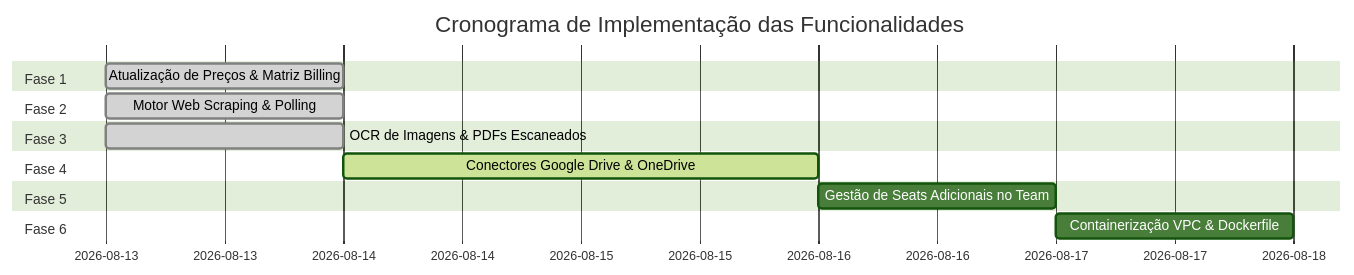
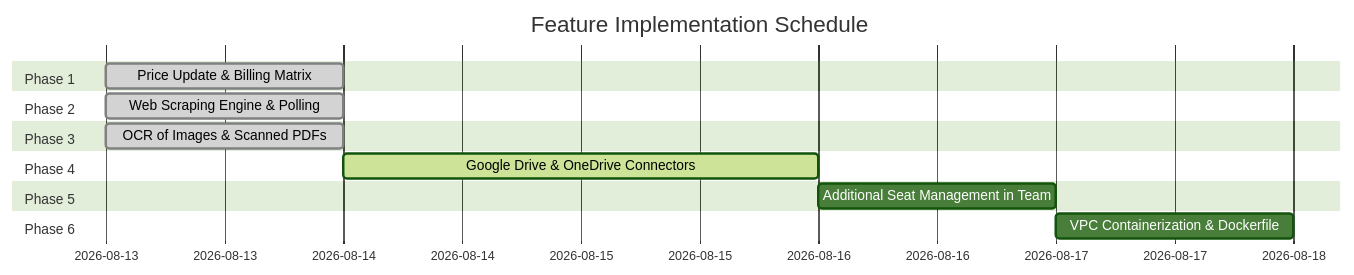
The diagram in implementation_plan_subscription_tiers.md (Levix-Digital/any-context), drawn with Mermaid (forest theme) before and after one commit. The commit also changed other lines of this file and 1 other file, not shown here.

````diff
--- a/implementation_plan_subscription_tiers.md
+++ b/implementation_plan_subscription_tiers.md
@@ -65,17 +65,17 @@
 ```mermaid
 gantt
-    title Cronograma de Implementação das Funcionalidades
+    title Feature Implementation Schedule
     dateFormat  YYYY-MM-DD
-    section Fase 1
-    Atualização de Preços & Matriz Billing   :done, f1, 2026-08-13, 1d
-    section Fase 2
-    Motor Web Scraping & Polling             :done, f2, 2026-08-13, 1d
-    section Fase 3
-    OCR de Imagens & PDFs Escaneados         :done, f3, 2026-08-13, 1d
-    section Fase 4
-    Conectores Google Drive & OneDrive       :active, f4, 2026-08-14, 2d
-    section Fase 5
-    Gestão de Seats Adicionais no Team       :f5, 2026-08-16, 1d
-    section Fase 6
-    Containerização VPC & Dockerfile        :f6, 2026-08-17, 1d
+    section Phase 1
+    Price Update & Billing Matrix            :done, f1, 2026-08-13, 1d
+    section Phase 2
+    Web Scraping Engine & Polling            :done, f2, 2026-08-13, 1d
+    section Phase 3
+    OCR of Images & Scanned PDFs             :done, f3, 2026-08-13, 1d
+    section Phase 4
+    Google Drive & OneDrive Connectors       :active, f4, 2026-08-14, 2d
+    section Phase 5
+    Additional Seat Management in Team       :f5, 2026-08-16, 1d
+    section Phase 6
+    VPC Containerization & Dockerfile        :f6, 2026-08-17, 1d
 ```
````
